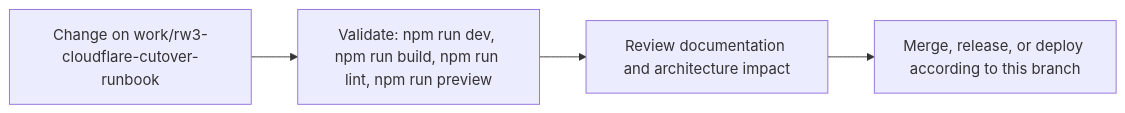
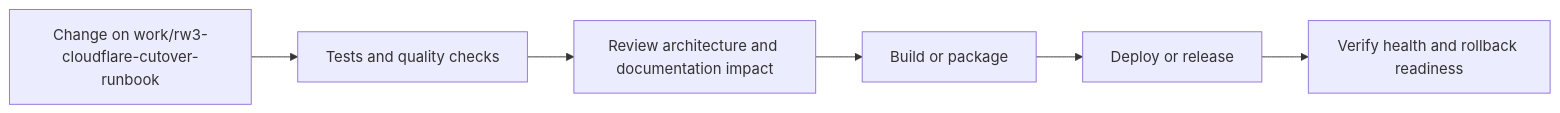
The fourth of 5 diagrams in README.md (Nischhalsubba/Reeja-Maharjan-Website-2026), drawn with Mermaid before and after one commit. The commit also changed other lines of this file, not shown here.

````diff
--- a/README.md
+++ b/README.md
@@ -81,8 +162,8 @@
 ```mermaid
 flowchart LR
-    CHANGE["Change on work/rw3-cloudflare-cutover-runbook"]
-    CHECK["Validate: npm run dev, npm run build, npm run lint, npm run preview"]
-    REVIEW["Review documentation and architecture impact"]
-    RELEASE["Merge, release, or deploy according to this branch"]
-    CHANGE --> CHECK --> REVIEW --> RELEASE
+    CHANGE["Change on work/rw3-cloudflare-cutover-runbook"] --> CHECK["Tests and quality checks"]
+    CHECK --> REVIEW["Review architecture and documentation impact"]
+    REVIEW --> BUILD["Build or package"]
+    BUILD --> DEPLOY["Deploy or release"]
+    DEPLOY --> VERIFY["Verify health and rollback readiness"]
 ```
````
